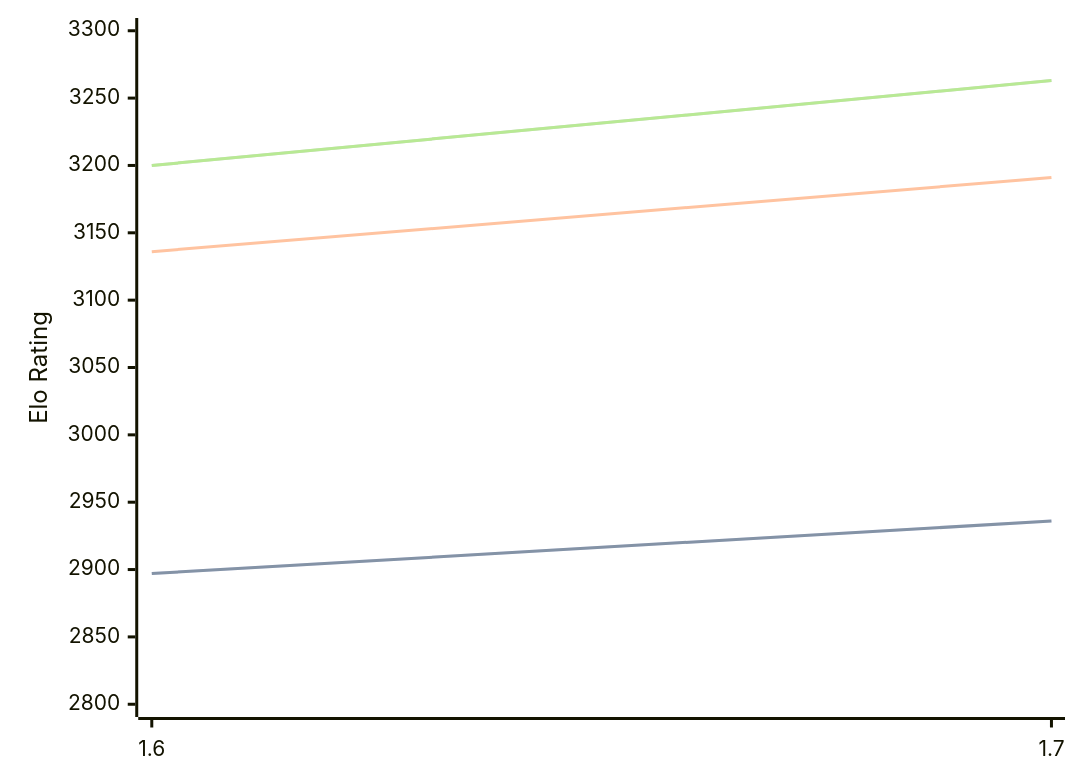
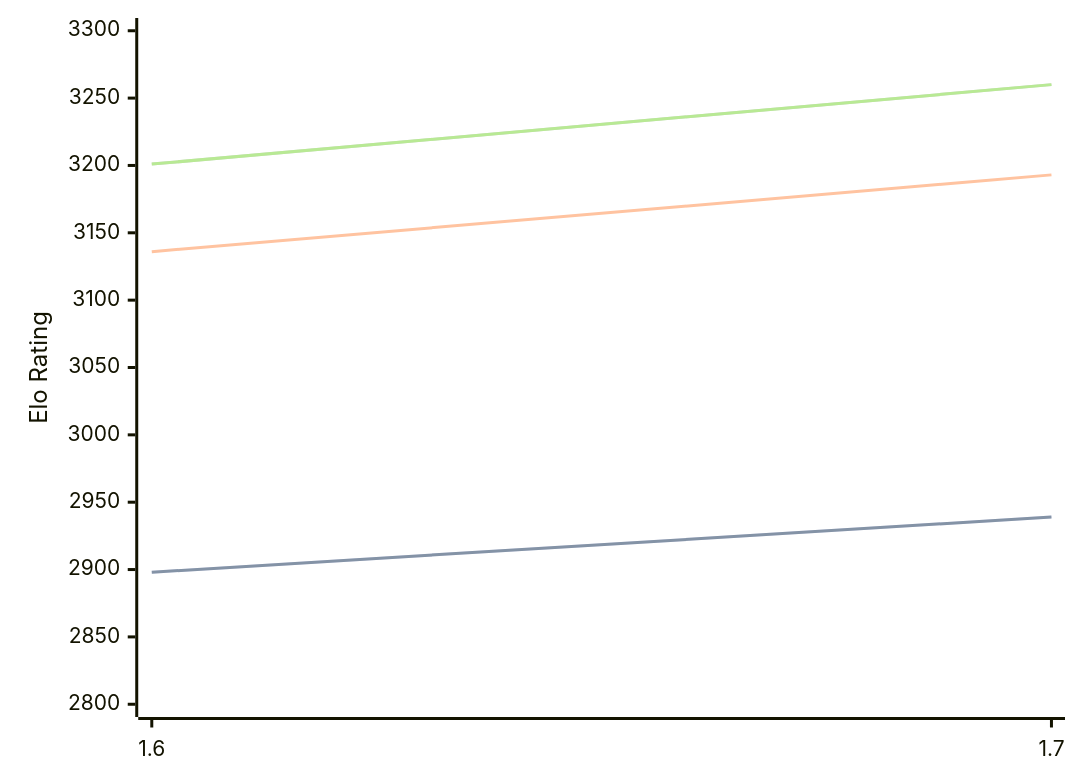
The diagram in engines/Bitbit.md (computer-chess-index/cci), drawn with Mermaid before and after one commit. The commit also changed other lines of this file, not shown here.

Commit message:
Update CCI Ratings (ELO VLTC) - 2026-08-19

````diff
--- a/engines/Bitbit.md
+++ b/engines/Bitbit.md
@@ -32,11 +32,11 @@
 ```mermaid
 %%{init: {"theme":"base","themeVariables":{"seriesColors:['#a3a3a3','#222221','#faa371']}}}%%
 xychart-beta
   x-axis ["1.6", "1.7"]
   y-axis "Elo Rating" 2800 --> 3300
-  line "STC (8.0+0.08s)" [2897, 2936]
-  line "STC (8.0+0.08s)" [2897, 2936]
-  line "LTC (60.0+0.60s)" [3136, 3191]
-  line "VLTC (2m24s+1.12s)" [3200, 3263]
-  line "VLTC (2m24s+1.12s)" [3200, 3263]
+  line "STC (8.0+0.08s)" [2898, 2939]
+  line "STC (8.0+0.08s)" [2898, 2939]
+  line "LTC (60.0+0.60s)" [3136, 3193]
+  line "VLTC (2m24s+1.12s)" [3201, 3260]
+  line "VLTC (2m24s+1.12s)" [3201, 3260]
 ```
````
